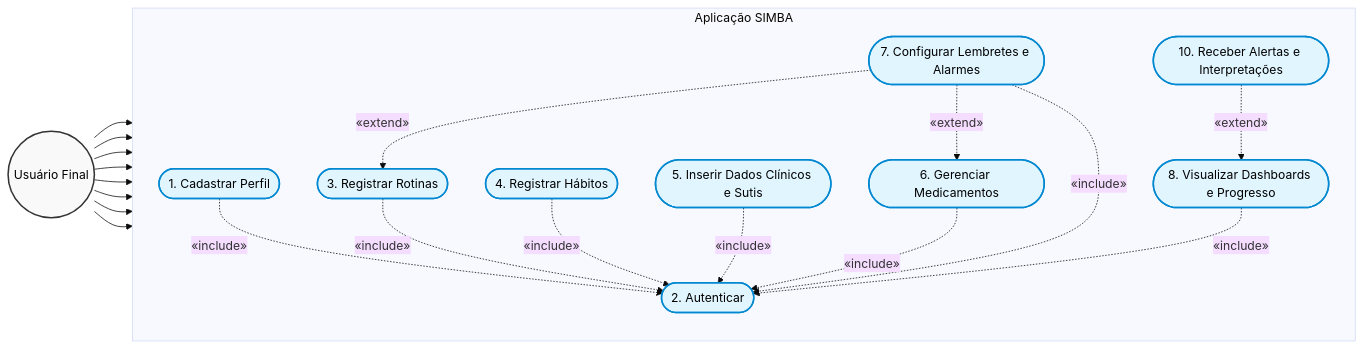
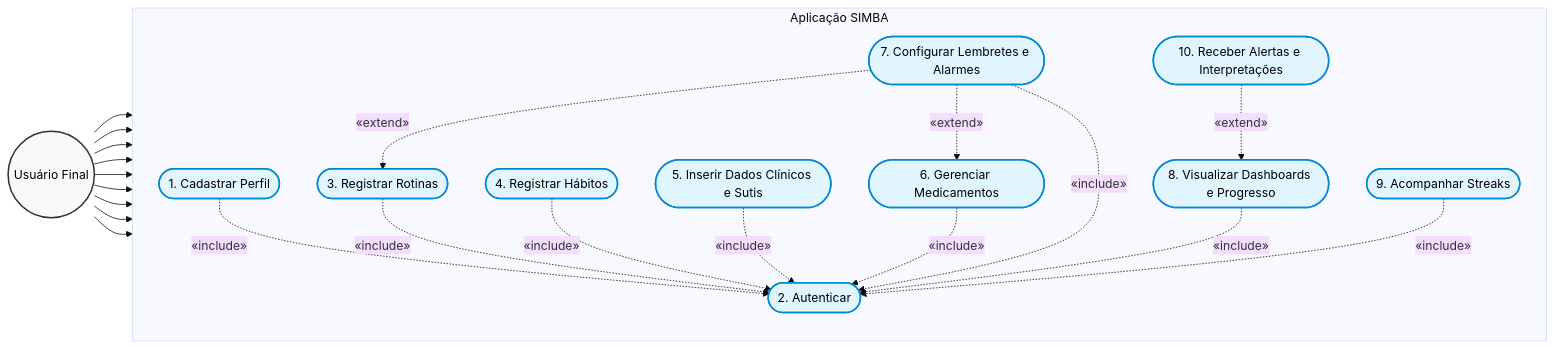
The first of 2 diagrams in README.md (JoaoManoelSilvaMorais/Sistema-Integrado-de-Monitoramento-do-Bem-estar-SIMBA-), drawn with Mermaid (base theme) before and after one commit. The commit also changed other lines of this file, not shown here.

Commit message:
Atualiza README.md com novos objetivos e detalhes sobre o sistema de streaks e conquistas

````diff
--- a/README.md
+++ b/README.md
@@ -37,48 +37,51 @@
 ```mermaid
 flowchart LR
     %% Definição de Estilos
     classDef actorStyle fill:#f9f9f9,stroke:#333,stroke-width:2px,color:#000;
     classDef usecaseStyle fill:#e1f5fe,stroke:#0288d1,stroke-width:2px,color:#000;
 
     %% Atores
     User((Usuário Final)):::actorStyle
 
     %% Sistema SIMBA
     subgraph SIMBA [Aplicação SIMBA]
         direction TB
         
         UC1([1. Cadastrar Perfil]):::usecaseStyle
         UC2([2. Autenticar]):::usecaseStyle
         UC3([3. Registrar Rotinas]):::usecaseStyle
         UC4([4. Registrar Hábitos]):::usecaseStyle
         UC5([5. Inserir Dados Clínicos e Sutis]):::usecaseStyle
         UC6([6. Gerenciar Medicamentos]):::usecaseStyle
         UC7([7. Configurar Lembretes e Alarmes]):::usecaseStyle
         UC8([8. Visualizar Dashboards e Progresso]):::usecaseStyle
+        UC9([9. Acompanhar Streaks]):::usecaseStyle
         UC10([10. Receber Alertas e Interpretações]):::usecaseStyle
     end
 
     %% Relacionamentos Principais do Usuário Final
     User --> UC1
     User --> UC2
     User --> UC3
     User --> UC4
     User --> UC5
     User --> UC6
     User --> UC7
     User --> UC8
+    User --> UC9
 
-    %% Relacionamentos <<include>> (Existem Fluxos para Autenticar)
+    %% Relacionamentos <> (Existem Fluxos para Autenticar)
     UC1 -.->|«include»| UC2
     UC3 -.->|«include»| UC2
     UC4 -.->|«include»| UC2
     UC5 -.->|«include»| UC2
     UC6 -.->|«include»| UC2
     UC7 -.->|«include»| UC2
     UC8 -.->|«include»| UC2
+    UC9 -.->|«include»| UC2
 
-    %% Relacionamentos <<extend>> (Ações Opcionais)
+    %% Relacionamentos <> (Ações Opcionais)
     UC7 -.->|«extend»| UC6
     UC7 -.->|«extend»| UC3
     UC10 -.->|«extend»| UC8
 ```
````
